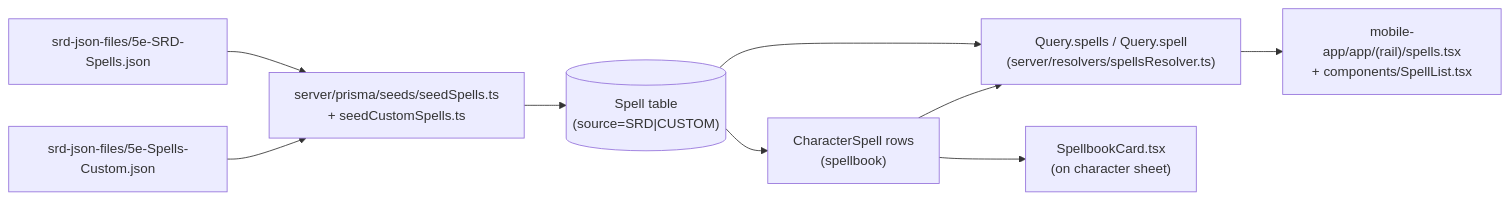
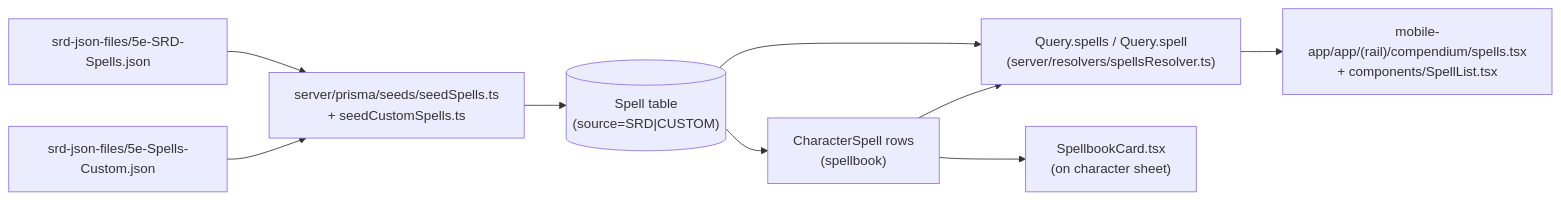
The diagram in docs/features/spells.md (tedleahy/5e-companion), drawn with Mermaid before and after one commit. The commit also changed other lines of this file and 10 other files, not shown here.

````diff
--- a/docs/features/spells.md
+++ b/docs/features/spells.md
@@ -7,19 +7,19 @@
 ```mermaid
 flowchart LR
     srd["srd-json-files/5e-SRD-Spells.json"]
     custom["srd-json-files/5e-Spells-Custom.json"]
     seed["server/prisma/seeds/seedSpells.ts<br/>+ seedCustomSpells.ts"]
     db[("Spell table<br/>(source=SRD|CUSTOM)")]
     api["Query.spells / Query.spell<br/>(server/resolvers/spellsResolver.ts)"]
-    list["mobile-app/app/(rail)/spells.tsx<br/>+ components/SpellList.tsx"]
+    list["mobile-app/app/(rail)/compendium/spells.tsx<br/>+ components/SpellList.tsx"]
     book["CharacterSpell rows<br/>(spellbook)"]
     card["SpellbookCard.tsx<br/>(on character sheet)"]
 
     srd --> seed
     custom --> seed
     seed --> db
     db --> api
     api --> list
     db --> book --> card
     book --> api
 ```
````
